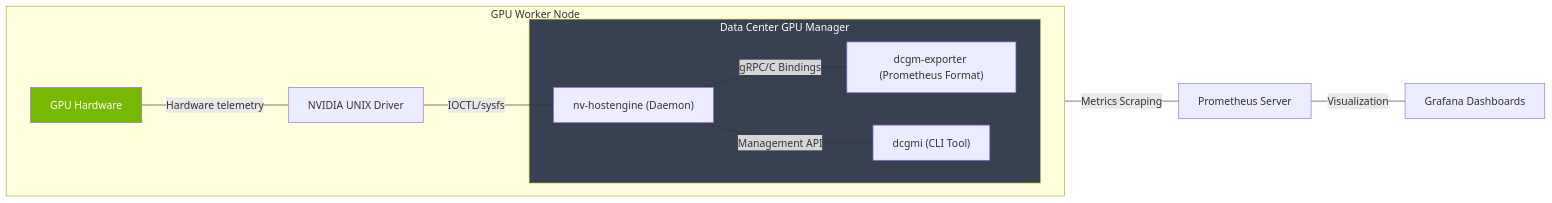
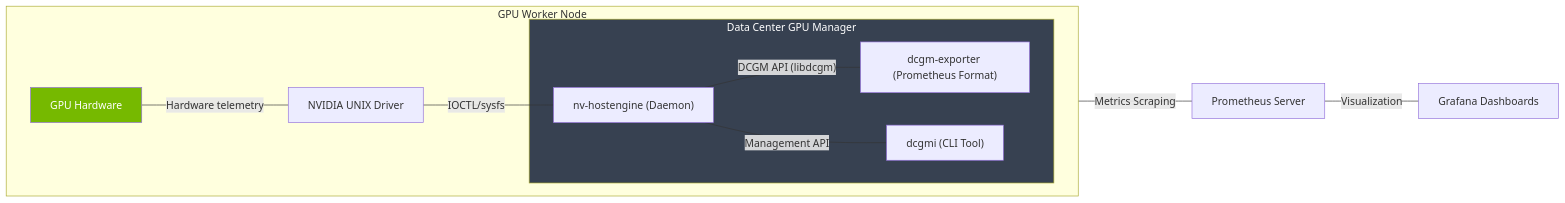
The second of 2 diagrams in docs/volume-04/03-gpu-sharing-telemetry-masterclass.md (jithinpnjm/nvidia-devops), drawn with Mermaid before and after one commit. The commit also changed other lines of this file and 289 other files, not shown here.

````diff
--- a/docs/volume-04/03-gpu-sharing-telemetry-masterclass.md
+++ b/docs/volume-04/03-gpu-sharing-telemetry-masterclass.md
@@ -147,28 +148,28 @@
 ```mermaid
 flowchart LR
     subgraph Host["GPU Worker Node"]
         direction LR
         HW["GPU Hardware"]
         Driver["NVIDIA UNIX Driver"]
         
         subgraph DCGM_Stack["Data Center GPU Manager"]
             Daemon["nv-hostengine (Daemon)"]
             Exporter["dcgm-exporter (Prometheus Format)"]
             CLI["dcgmi (CLI Tool)"]
         end
         
         HW -- "Hardware telemetry" --- Driver
         Driver -- "IOCTL/sysfs" --- Daemon
-        Daemon -- "gRPC/C Bindings" --- Exporter
+        Daemon -- "DCGM API (libdcgm)" --- Exporter
         Daemon -- "Management API" --- CLI
     end
     
     Prometheus["Prometheus Server"]
     Grafana["Grafana Dashboards"]
     
     Exporter -- "Metrics Scraping" --- Prometheus
     Prometheus -- "Visualization" --- Grafana
     
     style HW fill:#76b900,color:#fff
     style DCGM_Stack fill:#374151,color:#fff
 ```
````
